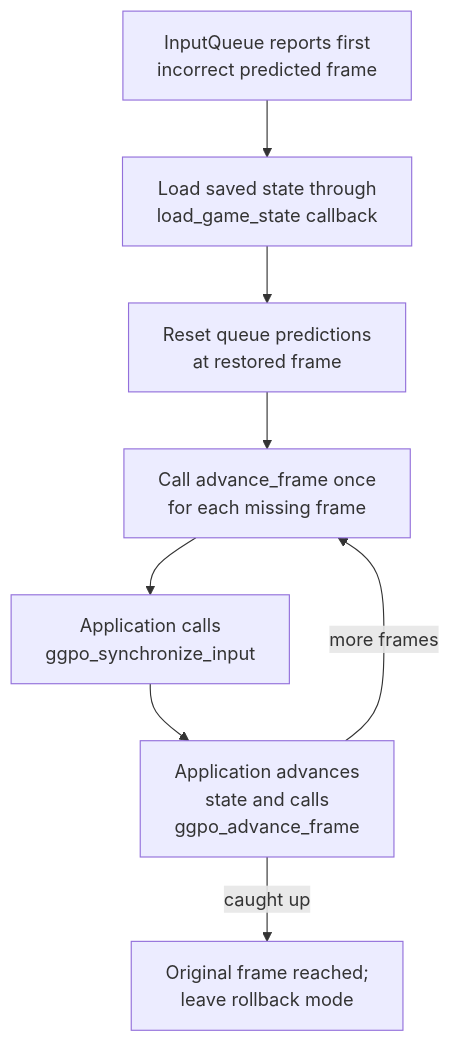
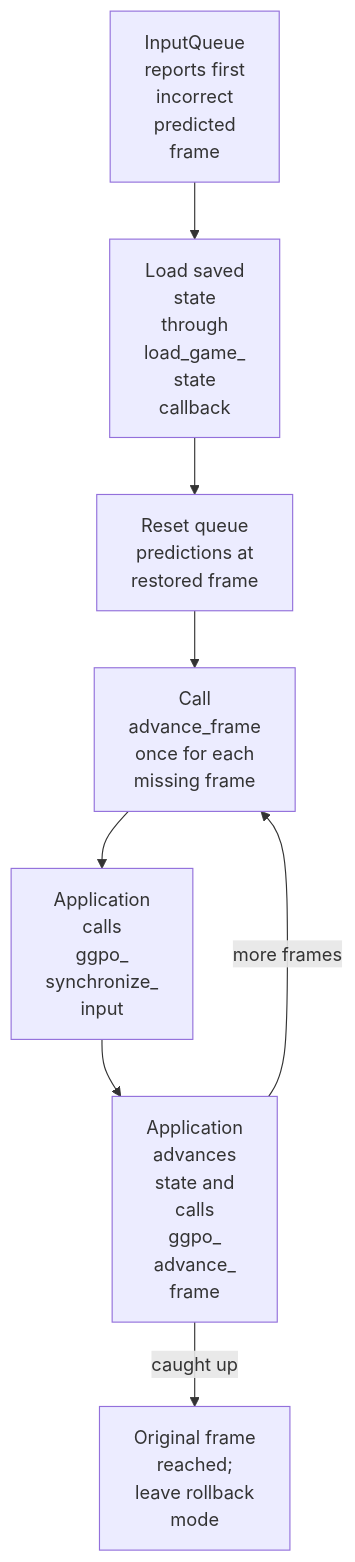
One commit to irregularthanis/ggpo-next changed the third of 3 diagrams in doc/architecture/Runtime.md. Above: the diagram before and after it, drawn with Mermaid. The commit also changed other lines of this file and 8 other files, not shown here.

Commit message:
docs: tighten all architecture diagram wrapping

````diff
--- a/doc/architecture/Runtime.md
+++ b/doc/architecture/Runtime.md
@@ -95,15 +95,15 @@
 ```mermaid
 flowchart TD
-    Detect["InputQueue reports first<br/>incorrect predicted frame"]
-    Load["Load saved state through<br/>load_game_state callback"]
-    Reset["Reset queue predictions<br/>at restored frame"]
-    Replay["Call advance_frame once<br/>for each missing frame"]
-    Inputs["Application calls<br/>ggpo_synchronize_input"]
-    Advance["Application advances<br/>state and calls<br/>ggpo_advance_frame"]
-    CaughtUp["Original frame reached;<br/>leave rollback mode"]
+    Detect["InputQueue<br/>reports first<br/>incorrect<br/>predicted<br/>frame"]
+    Load["Load saved<br/>state<br/>through<br/>load_game_<br/>state<br/>callback"]
+    Reset["Reset queue<br/>predictions at<br/>restored frame"]
+    Replay["Call<br/>advance_frame<br/>once for each<br/>missing frame"]
+    Inputs["Application<br/>calls<br/>ggpo_<br/>synchronize_<br/>input"]
+    Advance["Application<br/>advances<br/>state and<br/>calls<br/>ggpo_<br/>advance_<br/>frame"]
+    CaughtUp["Original frame<br/>reached;<br/>leave rollback<br/>mode"]
 
     Detect --> Load --> Reset --> Replay
     Replay --> Inputs --> Advance
     Advance -->|"more frames"| Replay
     Advance -->|"caught up"| CaughtUp
 ```
````
